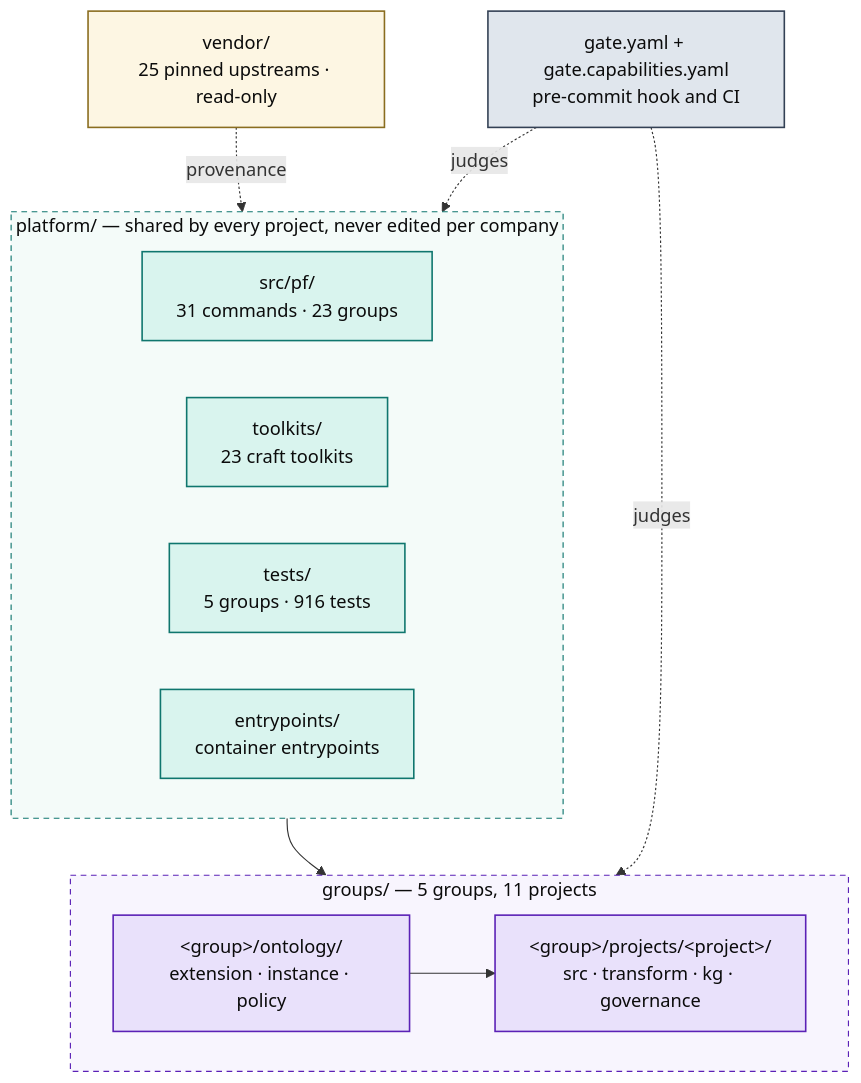
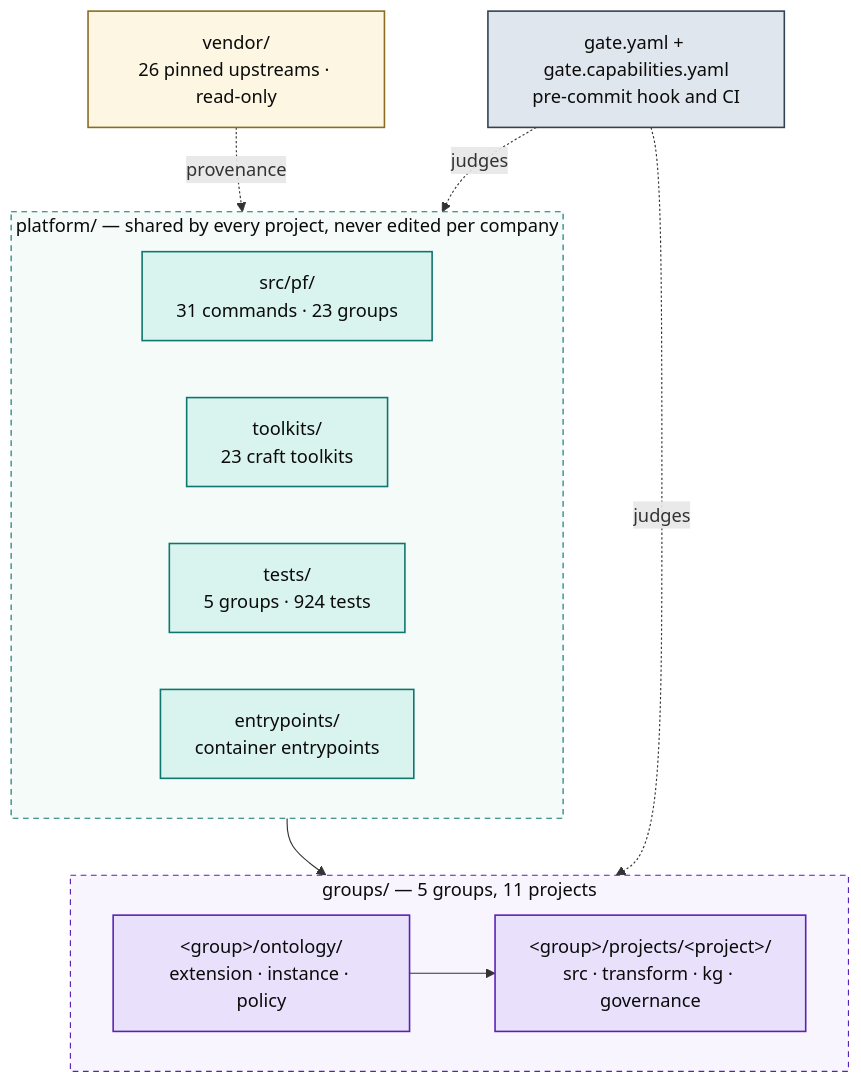
One commit to Atomz-org/data-platform changed the first of 5 diagrams in docs/ARCHITECTURE.md. Above: the diagram before and after it, drawn with Mermaid. The commit also changed other lines of this file and 10 other files, not shown here.

````diff
--- a/docs/ARCHITECTURE.md
+++ b/docs/ARCHITECTURE.md
@@ -15,36 +15,36 @@
 ```mermaid
 flowchart TB
   subgraph SHARED["platform/ — shared by every project, never edited per company"]
     direction LR
     ENG["src/pf/<br/>31 commands · 23 groups"]
     TK["toolkits/<br/>23 craft toolkits"]
-    TST["tests/<br/>5 groups · 916 tests"]
+    TST["tests/<br/>5 groups · 924 tests"]
     ENT["entrypoints/<br/>container entrypoints"]
   end
 
   subgraph ENTITIES["groups/ — 5 groups, 11 projects"]
     direction LR
     GRP["&lt;group&gt;/ontology/<br/>extension · instance · policy"]
     PRJ["&lt;group&gt;/projects/&lt;project&gt;/<br/>src · transform · kg · governance"]
     GRP --> PRJ
   end
 
-  VEN["vendor/<br/>25 pinned upstreams · read-only"]
+  VEN["vendor/<br/>26 pinned upstreams · read-only"]
   GATE["gate.yaml + gate.capabilities.yaml<br/>pre-commit hook and CI"]
 
   SHARED --> ENTITIES
   VEN -.provenance.-> SHARED
   GATE -.judges.-> ENTITIES
   GATE -.judges.-> SHARED
 
   classDef code fill:#d9f4ee,stroke:#0f766e,stroke-width:1.4px,color:#0b0b0b
   classDef data fill:#e9e1fb,stroke:#5b21b6,stroke-width:1.4px,color:#0b0b0b
   classDef gov fill:#e0e6ed,stroke:#334155,stroke-width:1.4px,color:#0b0b0b
   classDef ext fill:#fdf6e3,stroke:#8a6d1f,stroke-width:1.4px,color:#0b0b0b
   class ENG,TK,TST,ENT code
   class GRP,PRJ data
   class GATE gov
   class VEN ext
   style SHARED fill:#f4fbf9,stroke:#0f766e,stroke-dasharray:5 4,color:#0b0b0b
   style ENTITIES fill:#f8f5fe,stroke:#5b21b6,stroke-dasharray:5 4,color:#0b0b0b
 ```
````
